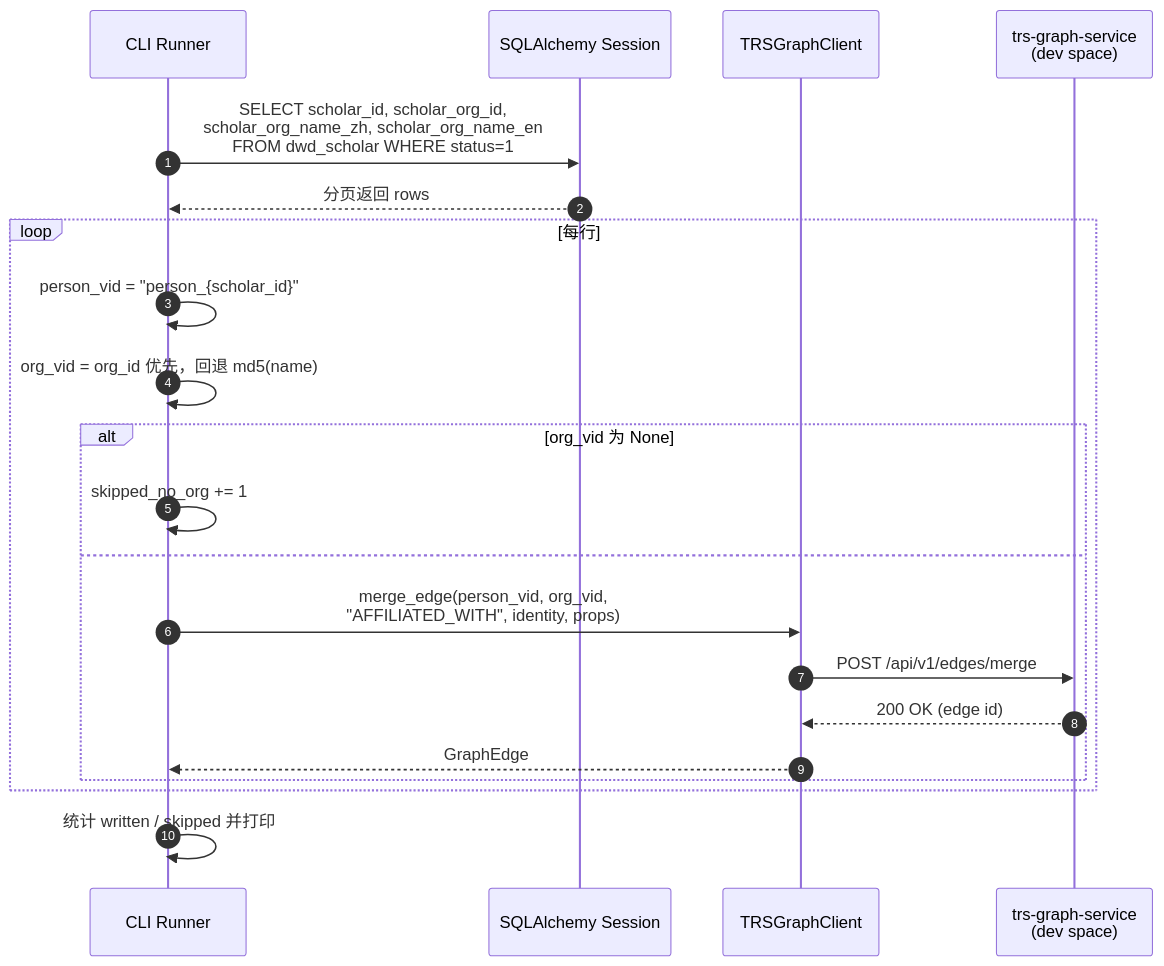
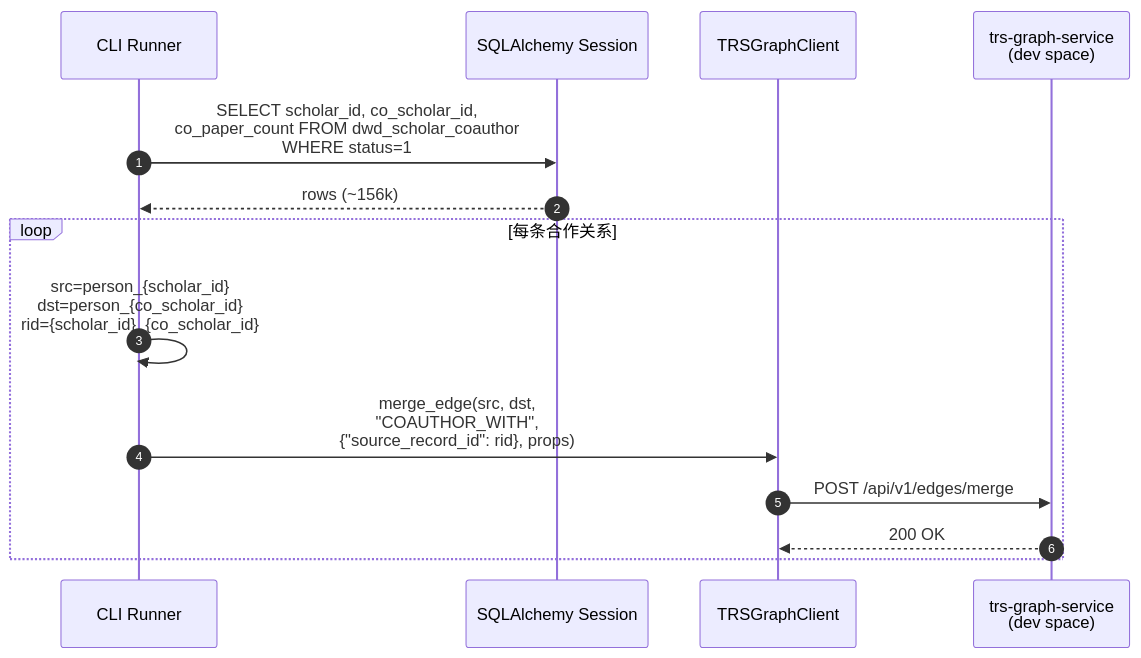
One commit to Marisolebxf/tech-kg-api changed the fourth of 4 diagrams in backend/docs/scholar_mapping.md. Above: the diagram before and after it, drawn with Mermaid. The commit also changed other lines of this file and 1 other file, not shown here.

First line of the commit message:
feat(scholar): add Person entity loader; expand mapping doc

````diff
--- a/backend/docs/scholar_mapping.md
+++ b/backend/docs/scholar_mapping.md
@@ -116,26 +291,18 @@
 ```mermaid
 sequenceDiagram
     autonumber
     participant Runner as CLI Runner
     participant SQLA as SQLAlchemy Session
     participant Client as TRSGraphClient
-    participant Graph as trs-graph-service<br/>(dev space)
+    participant Svc as trs-graph-service<br/>(dev space)
 
-    Runner->>SQLA: SELECT scholar_id, scholar_org_id,<br/>scholar_org_name_zh, scholar_org_name_en<br/>FROM dwd_scholar WHERE status=1
-    SQLA-->>Runner: 分页返回 rows
+    Runner->>SQLA: SELECT scholar_id, co_scholar_id,<br/>co_paper_count FROM dwd_scholar_coauthor<br/>WHERE status=1
+    SQLA-->>Runner: rows (~156k)
 
-    loop 每行
-        Runner->>Runner: person_vid = "person_{scholar_id}"
-        Runner->>Runner: org_vid = org_id 优先，回退 md5(name)
-        alt org_vid 为 None
-            Runner->>Runner: skipped_no_org += 1
-        else
-            Runner->>Client: merge_edge(person_vid, org_vid,<br/>"AFFILIATED_WITH", identity, props)
-            Client->>Graph: POST /api/v1/edges/merge
-            Graph-->>Client: 200 OK (edge id)
-            Client-->>Runner: GraphEdge
-        end
+    loop 每条合作关系
+        Runner->>Runner: src=person_{scholar_id}<br/>dst=person_{co_scholar_id}<br/>rid={scholar_id}_{co_scholar_id}
+        Runner->>Client: merge_edge(src, dst,<br/>"COAUTHOR_WITH",<br/>{"source_record_id": rid}, props)
+        Client->>Svc: POST /api/v1/edges/merge
+        Svc-->>Client: 200 OK
     end
-
-    Runner->>Runner: 统计 written / skipped 并打印
 ```
````
